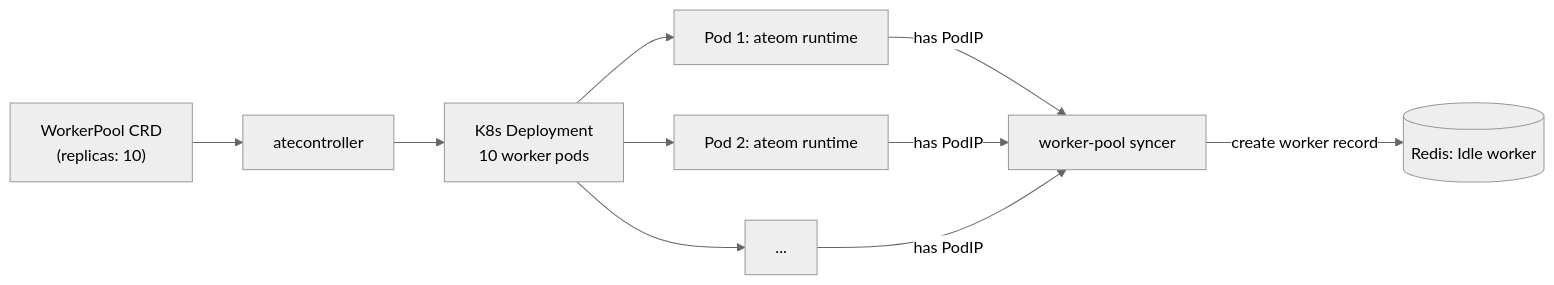
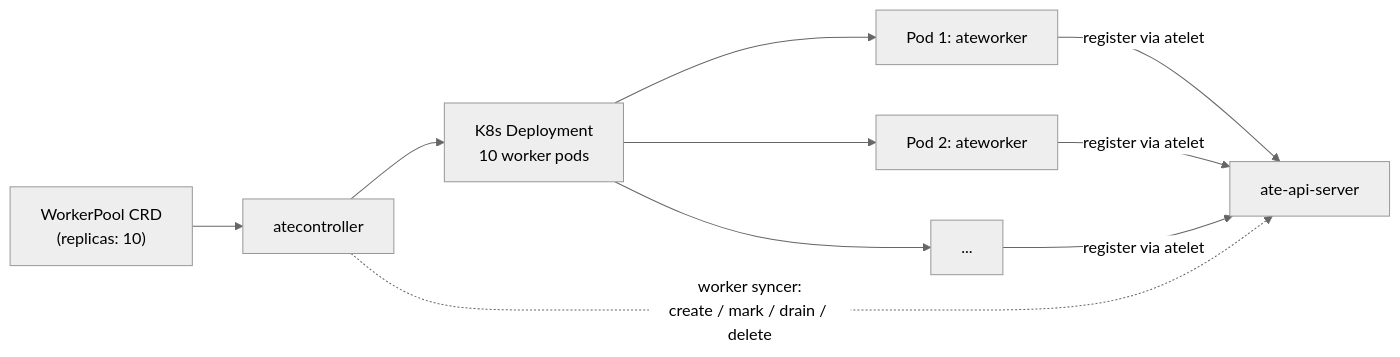
The third of 3 diagrams in atlas/src/content/docs/flows/worker-lifecycle.mdx (christian-posta/substrate), drawn with Mermaid (neutral theme) before and after one commit. The commit also changed other lines of this file and 34 other files, not shown here.

````diff
--- a/atlas/src/content/docs/flows/worker-lifecycle.mdx
+++ b/atlas/src/content/docs/flows/worker-lifecycle.mdx
@@ -143,12 +135,12 @@
 ```mermaid
 flowchart LR
   WP["WorkerPool CRD<br/>(replicas: 10)"] --> CTR[atecontroller]
   CTR --> DEP[K8s Deployment<br/>10 worker pods]
-  DEP --> P1[Pod 1: ateom runtime]
-  DEP --> P2[Pod 2: ateom runtime]
+  DEP --> P1[Pod 1: ateworker]
+  DEP --> P2[Pod 2: ateworker]
   DEP --> PN[...]
-  P1 -- has PodIP --> SYNC[worker-pool syncer]
-  P2 -- has PodIP --> SYNC
-  PN -- has PodIP --> SYNC
-  SYNC -- create worker record --> RED[(Redis: Idle worker)]
+  P1 -- "register via atelet" --> API[ate-api-server]
+  P2 -- "register via atelet" --> API
+  PN -- "register via atelet" --> API
+  CTR -. "worker syncer:<br/>create / mark / drain / delete" .-> API
 ```
````
